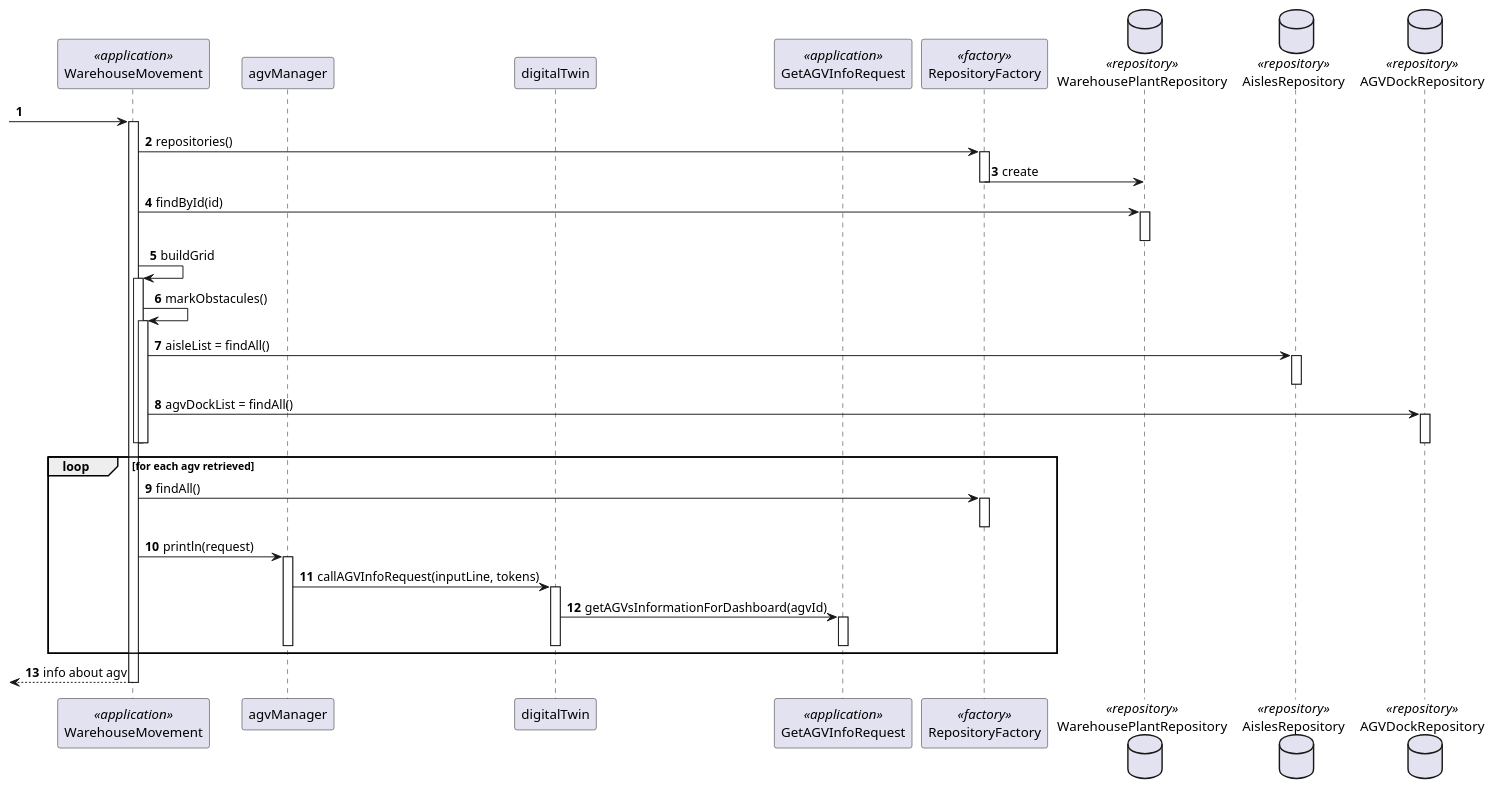
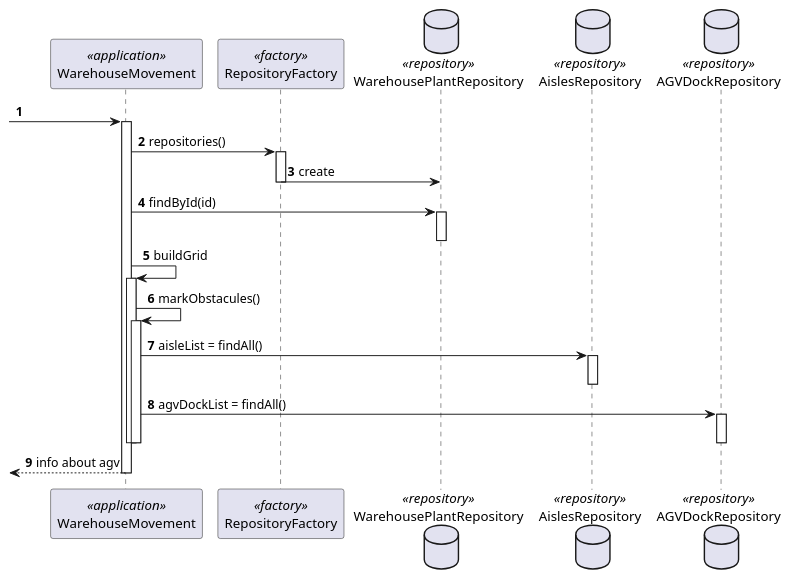
The diagram in docs/1201239/US5100/SDwm_5100.puml (0franciscor/lei21_22_s4_2de_01), drawn with PlantUML before and after one commit. The commit also changed 4 other files, not shown here.

```diff
--- a/docs/1201239/US5100/SDwm_5100.puml
+++ b/docs/1201239/US5100/SDwm_5100.puml
@@ -1,63 +1,39 @@
 @startuml
 
 autonumber
 
 participant WarehouseMovement as wm <<application>>
-participant agvManager as agvManager
-participant digitalTwin as digitalTwin
-participant GetAGVInfoRequest as infoRequest <<application>>
 participant RepositoryFactory as factory <<factory>>
 
 database WarehousePlantRepository as repository <<repository>>
 database AislesRepository as aislerepository <<repository>>
 database AGVDockRepository as agvrepository <<repository>>
 
 
  -> wm :
 activate wm
 wm -> factory : repositories()
 activate factory
 factory -> repository : create
 deactivate factory
 wm -> repository : findById(id)
 activate repository
 deactivate repository
 wm -> wm : buildGrid
 activate wm
 wm -> wm : markObstacules()
 activate wm
 wm -> aislerepository : aisleList = findAll()
 activate aislerepository
 deactivate aislerepository
 wm -> agvrepository : agvDockList = findAll()
 activate agvrepository
 deactivate agvrepository
 deactivate wm
 deactivate wm
-loop for each agv retrieved
-wm -> factory : findAll()
-activate factory
-deactivate factory
 
-wm -> agvManager : println(request)
-activate agvManager
-
-agvManager -> digitalTwin : callAGVInfoRequest(inputLine, tokens)
-activate digitalTwin
-
-digitalTwin -> infoRequest : getAGVsInformationForDashboard(agvId)
-activate infoRequest
-deactivate infoRequest
-
-deactivate digitalTwin
-
-deactivate agvManager
-
-
-
-end loop
 
  <-- wm : info about agv
  deactivate wm
 
 @enduml
```
